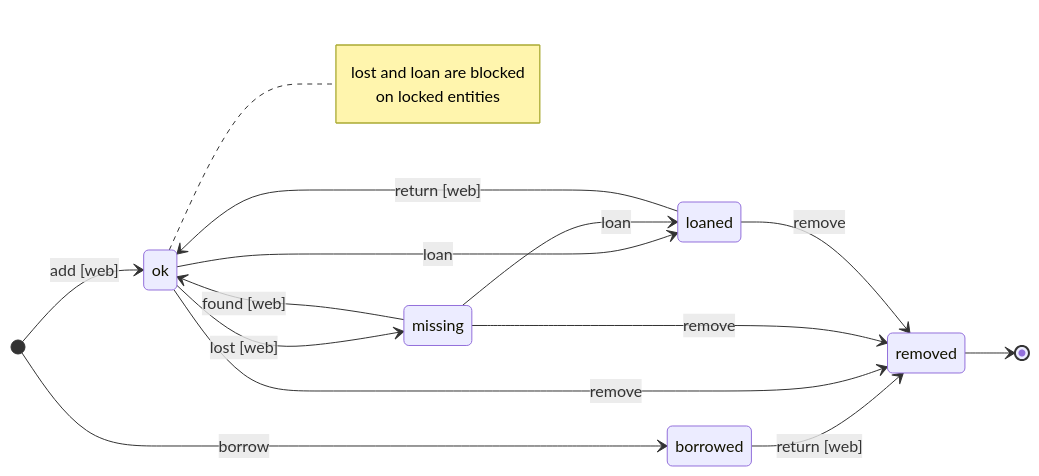
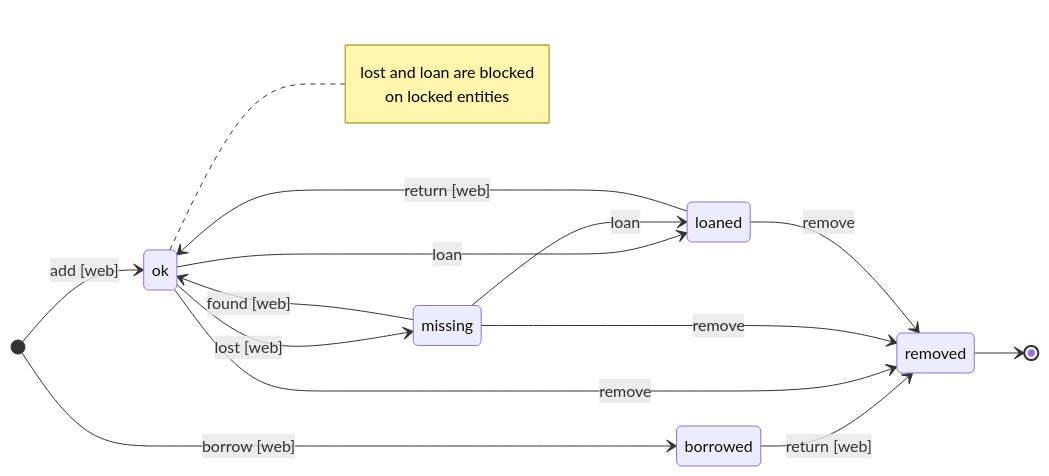
The diagram in README.md (asphaltbuffet/wherehouse), drawn with Mermaid before and after one commit. The commit also changed other lines of this file and 11 other files, not shown here.

Commit message:
feat(web): borrow submission, tree insertion and parent picker

````diff
--- a/README.md
+++ b/README.md
@@ -280,21 +280,21 @@
 ```mermaid
 stateDiagram-v2
     direction LR
     [*] --> ok: add [web]
-    [*] --> borrowed: borrow
+    [*] --> borrowed: borrow [web]
     ok --> missing: lost [web]
     missing --> ok: found [web]
     ok --> loaned: loan
     missing --> loaned: loan
     loaned --> ok: return [web]
     borrowed --> removed: return [web]
     ok --> removed: remove
     missing --> removed: remove
     loaned --> removed: remove
     removed --> [*]
 
     note right of ok
         lost and loan are blocked
         on locked entities
     end note
 ```
````
